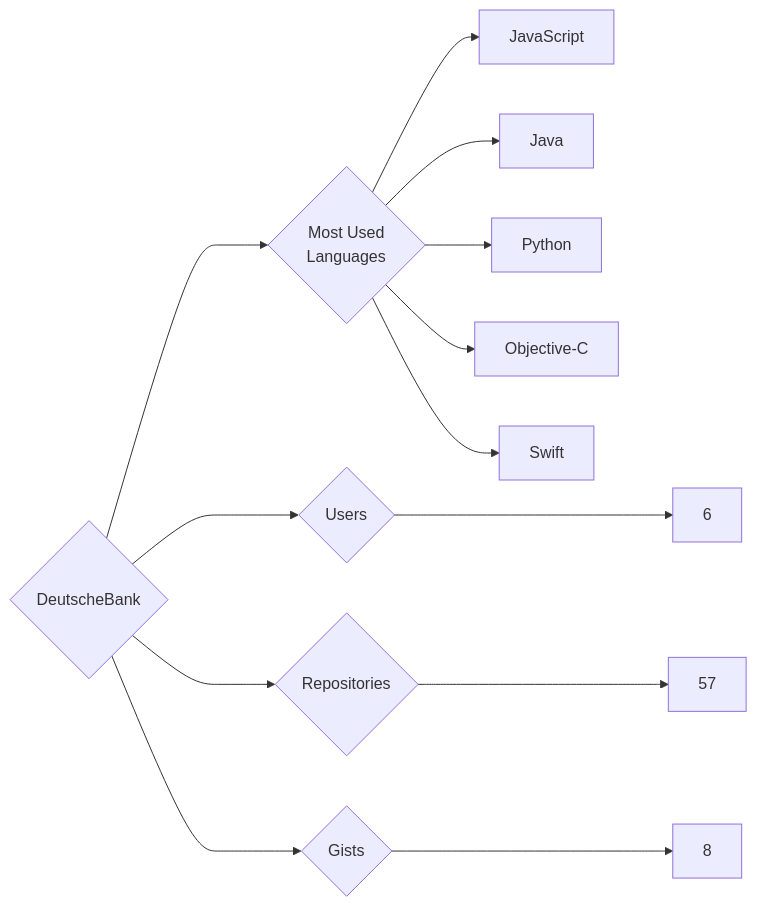
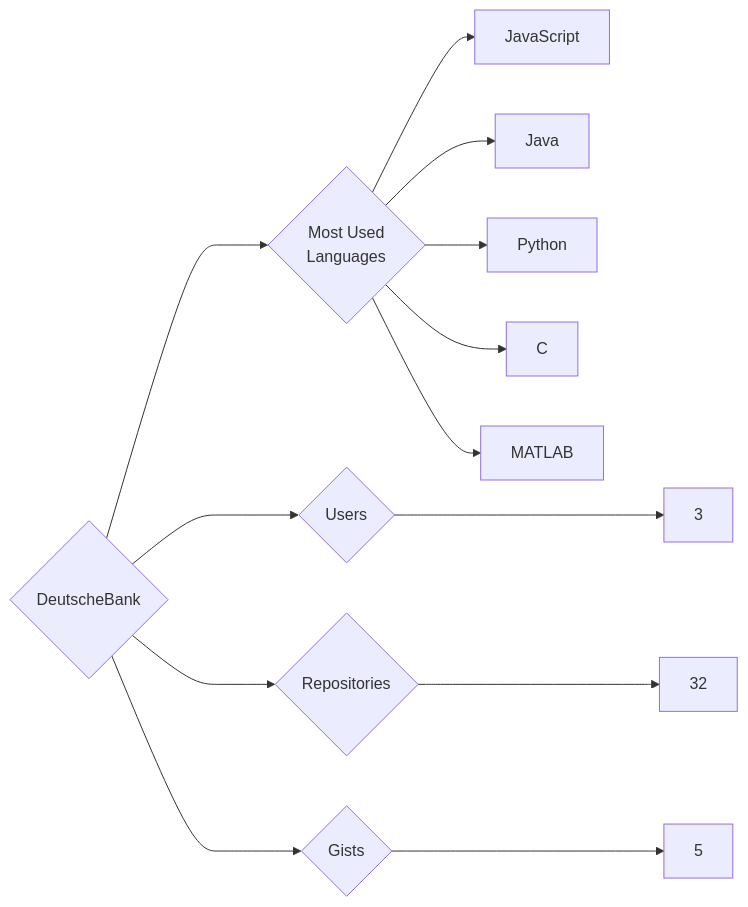
One commit to trickest/insiders changed the diagram in targets/DeutscheBank/README.md. Above: the diagram before and after it, drawn with Mermaid. The commit also changed 998 other files, not shown here.

````diff
--- a/targets/DeutscheBank/README.md
+++ b/targets/DeutscheBank/README.md
@@ -3,13 +3,13 @@
 ```mermaid
 graph LR
 COMPANY_NAME{DeutscheBank}
-COMPANY_NAME ---> U{Users} ---> UN[6]
-COMPANY_NAME ---> R{Repositories} ---> RN[57]
-COMPANY_NAME ---> G{Gists} ---> GN[8]
+COMPANY_NAME ---> U{Users} ---> UN[3]
+COMPANY_NAME ---> R{Repositories} ---> RN[32]
+COMPANY_NAME ---> G{Gists} ---> GN[5]
 COMPANY_NAME ---> ML{Most Used<br>Languages}
 ML --> JavaScript[JavaScript]
 ML --> Java[Java]
 ML --> Python[Python]
-ML --> Objective-C[Objective-C]
-ML --> Swift[Swift]
+ML --> C[C]
+ML --> MATLAB[MATLAB]
 ```
````
